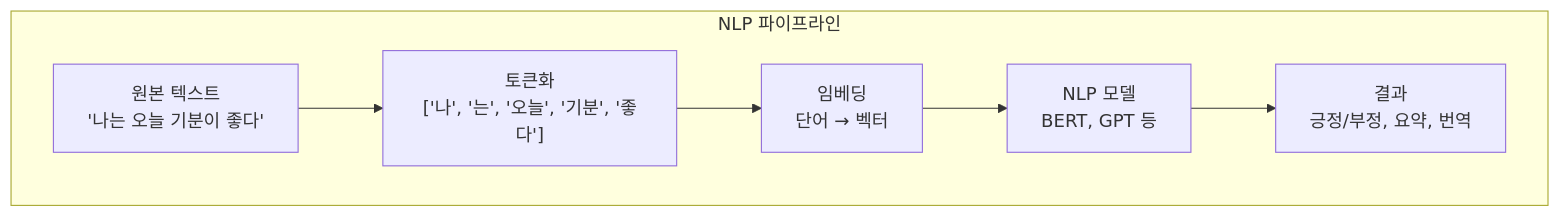
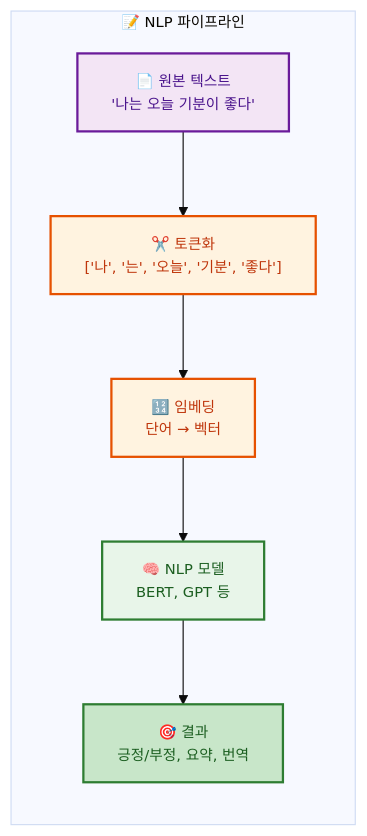
Before and after one commit to jingu279/Document: diagram 12 of 19 in ai-programming/README.md, drawn with Mermaid. The commit also changed other lines of this file, not shown here.

First line of the commit message:
README Mermaid 다이어그램 스타일링 개선

````diff
--- a/ai-programming/README.md
+++ b/ai-programming/README.md
@@ -313,9 +462,23 @@
 ```mermaid
+%%{init: {'theme': 'base', 'themeVariables': {'fontSize': '13px'}}}%%
 flowchart TB
-  subgraph NLP_Pipeline[NLP 파이프라인]
-    Raw["원본 텍스트<br/>'나는 오늘 기분이 좋다'"] --> Token["토큰화<br/>['나', '는', '오늘', '기분', '좋다']"]
-    Token --> Embed["임베딩<br/>단어 → 벡터"]
-    Embed --> Model["NLP 모델<br/>BERT, GPT 등"]
-    Model --> Result["결과<br/>긍정/부정, 요약, 번역"]
+  subgraph NLP_Pipeline[📝 NLP 파이프라인]
+    direction TB
+    Raw["📄 원본 텍스트<br/>'나는 오늘 기분이 좋다'"]
+    Token["✂️ 토큰화<br/>['나', '는', '오늘', '기분', '좋다']"]
+    Embed["🔢 임베딩<br/>단어 → 벡터"]
+    Model["🧠 NLP 모델<br/>BERT, GPT 등"]
+    Result["🎯 결과<br/>긍정/부정, 요약, 번역"]
   end
+
+  Raw --> Token --> Embed --> Model --> Result
+
+  classDef raw fill:#f3e5f5,stroke:#6a1b9a,stroke-width:2px,color:#4a148c
+  classDef proc fill:#fff3e0,stroke:#e65100,stroke-width:2px,color:#bf360c
+  classDef model fill:#e8f5e9,stroke:#2e7d32,stroke-width:2px,color:#1b5e20
+  classDef result fill:#c8e6c9,stroke:#2e7d32,stroke-width:2px,color:#1b5e20
+  class Raw raw
+  class Token,Embed proc
+  class Model model
+  class Result result
 ```
````
